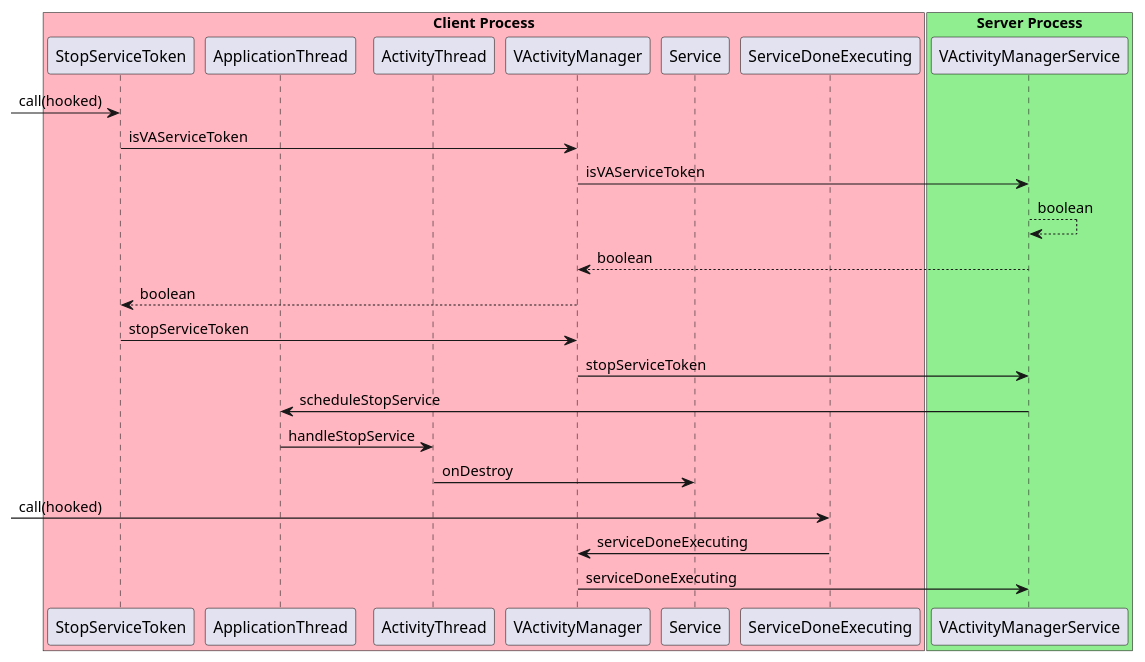
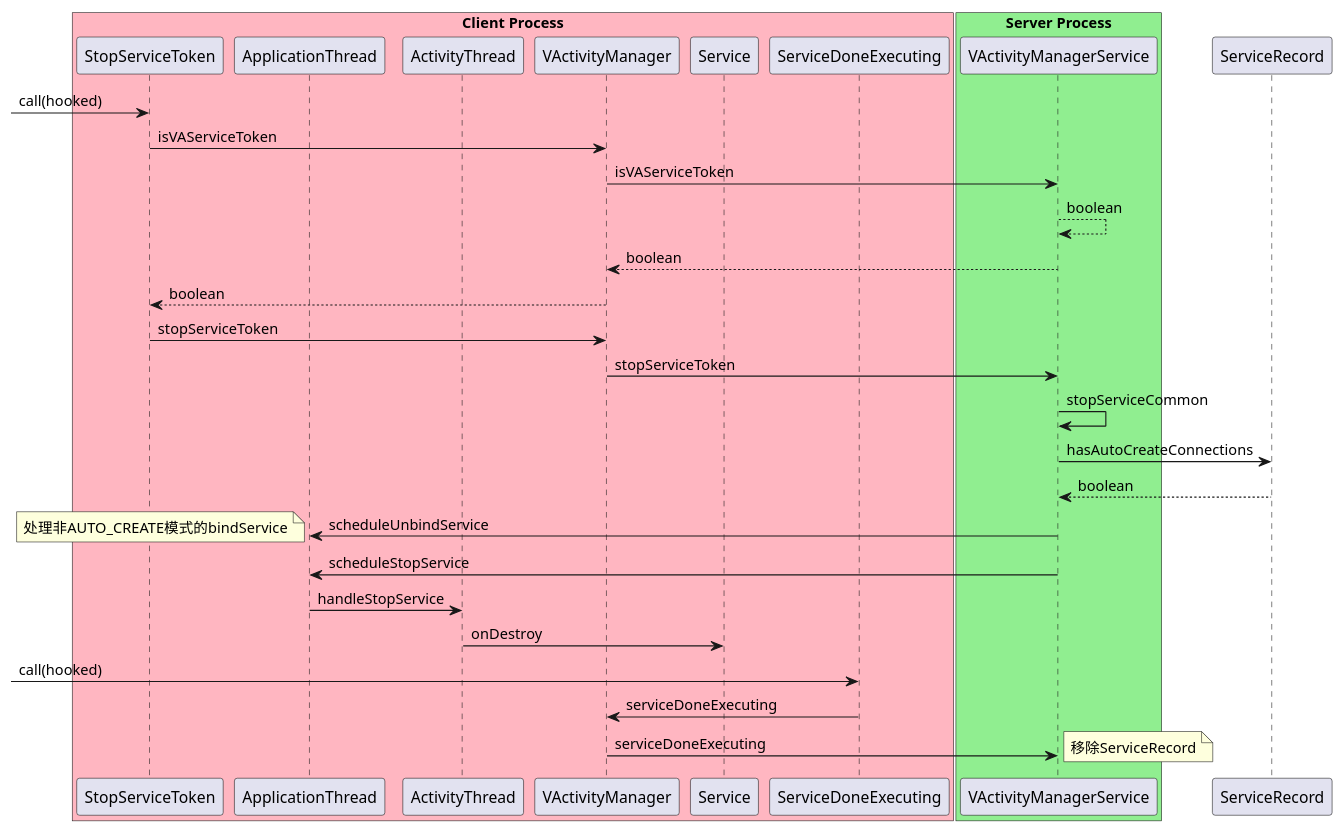
The diagram in VirtualApp/stopServiceToken.puml (skyoung09/VirtualApp), drawn with PlantUML before and after one commit. The commit also changed 2 other files, not shown here.

Commit message:
Modify stopServiceToken

```diff
--- a/VirtualApp/stopServiceToken.puml
+++ b/VirtualApp/stopServiceToken.puml
@@ -1,29 +1,39 @@
 @startuml
 box "Client Process" #LightPink
 participant StopServiceToken
 participant ApplicationThread
 participant ActivityThread
 participant VActivityManager
 participant Service
 participant ServiceDoneExecuting
 end box
 
 box "Server Process" #LightGreen
 participant VActivityManagerService
 end box
 
 -> StopServiceToken: call(hooked)
 StopServiceToken -> VActivityManager: isVAServiceToken
 VActivityManager -> VActivityManagerService : isVAServiceToken
 VActivityManagerService --> VActivityManagerService: boolean
 VActivityManagerService --> VActivityManager: boolean
 VActivityManager --> StopServiceToken: boolean
 StopServiceToken -> VActivityManager: stopServiceToken
 VActivityManager -> VActivityManagerService : stopServiceToken
+VActivityManagerService -> VActivityManagerService: stopServiceCommon
+VActivityManagerService -> ServiceRecord: hasAutoCreateConnections
+ServiceRecord --> VActivityManagerService: boolean
+VActivityManagerService -> ApplicationThread: scheduleUnbindService
+note left
+处理非AUTO_CREATE模式的bindService
+end note
 VActivityManagerService -> ApplicationThread: scheduleStopService
 ApplicationThread -> ActivityThread: handleStopService
 ActivityThread -> Service: onDestroy
 -> ServiceDoneExecuting: call(hooked)
 ServiceDoneExecuting -> VActivityManager: serviceDoneExecuting
 VActivityManager -> VActivityManagerService: serviceDoneExecuting
+note right
+移除ServiceRecord
+end note
 @enduml
```
